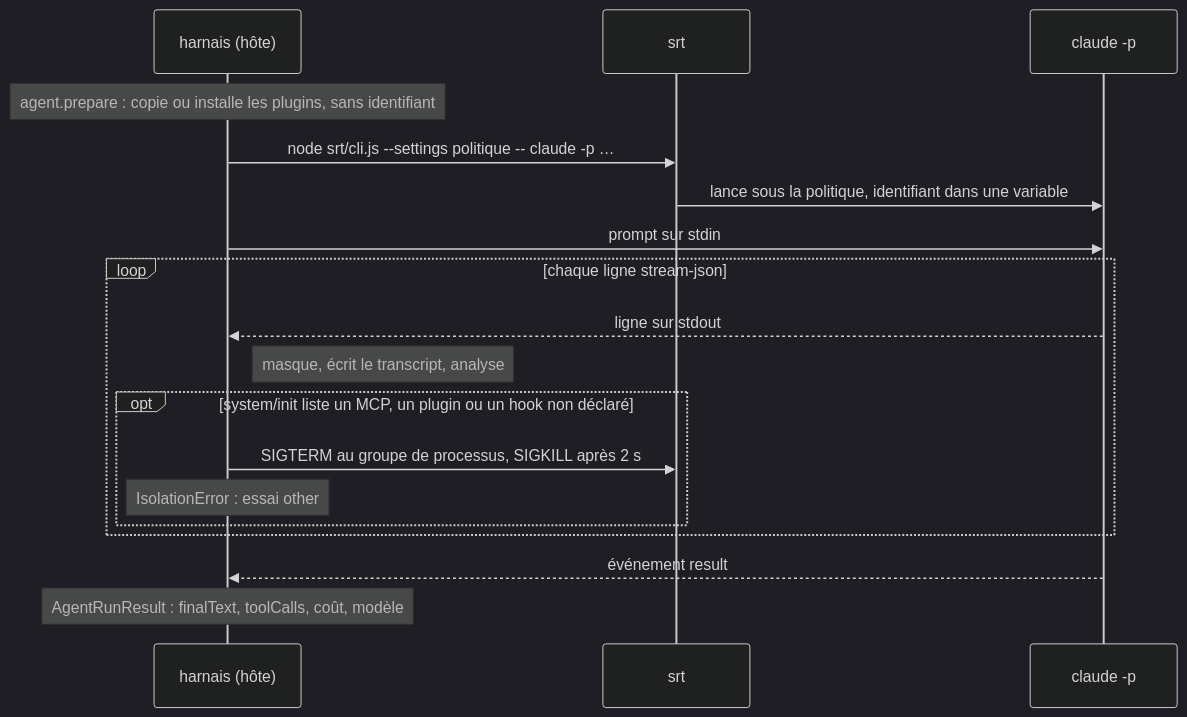
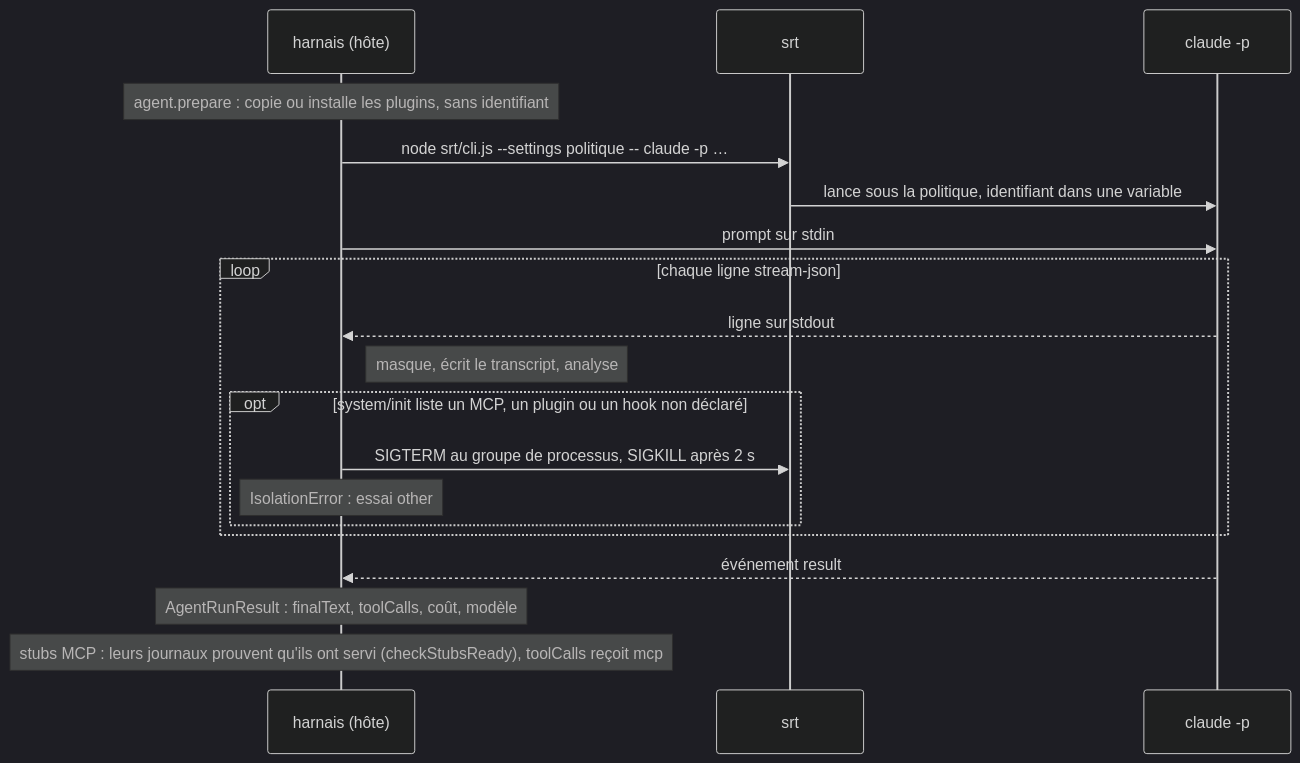
One commit to Luce-Florian/proctor changed the second of 2 diagrams in docs/fr/agents/claude-code/index.md. Above: the diagram before and after it, drawn with Mermaid (dark theme). The commit also changed other lines of this file and 33 other files, not shown here.

````diff
--- a/docs/fr/agents/claude-code/index.md
+++ b/docs/fr/agents/claude-code/index.md
@@ -16,20 +16,21 @@
 ```mermaid
 sequenceDiagram
     participant H as harnais (hôte)
     participant S as srt
     participant C as claude -p
     Note over H: agent.prepare : copie ou installe les plugins, sans identifiant
     H->>S: node srt/cli.js --settings politique -- claude -p …
     S->>C: lance sous la politique, identifiant dans une variable
     H->>C: prompt sur stdin
     loop chaque ligne stream-json
         C-->>H: ligne sur stdout
         Note right of H: masque, écrit le transcript, analyse
         opt system/init liste un MCP, un plugin ou un hook non déclaré
             H->>S: SIGTERM au groupe de processus, SIGKILL après 2 s
             Note over H: IsolationError : essai other
         end
     end
     C-->>H: événement result
     Note over H: AgentRunResult : finalText, toolCalls, coût, modèle
+    Note over H: stubs MCP : leurs journaux prouvent qu'ils ont servi (checkStubsReady), toolCalls reçoit mcp
 ```
````
